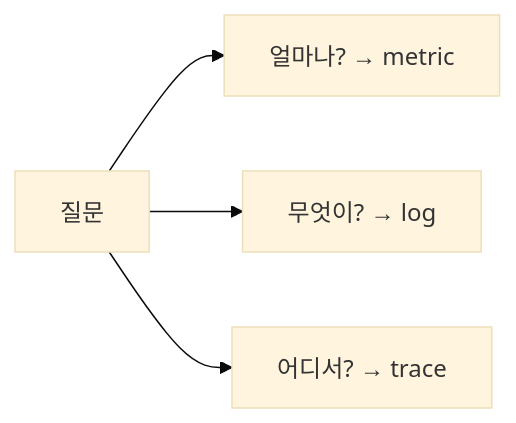
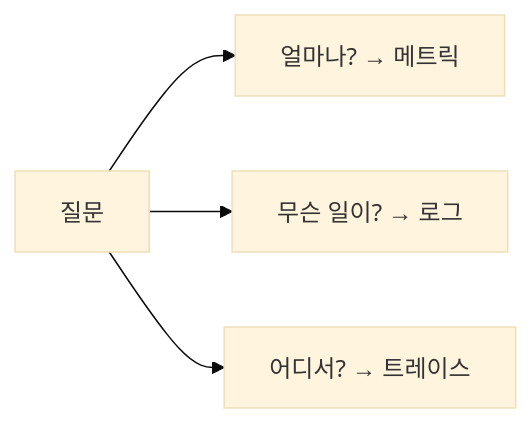
Before and after one commit to yeongseon-books/book-content: the diagram in content/observability-101/ko/02-metric-log-trace.md, drawn with Mermaid (base theme). The commit also changed other lines of this file and 3 other files, not shown here.

````diff
--- a/content/observability-101/ko/02-metric-log-trace.md
+++ b/content/observability-101/ko/02-metric-log-trace.md
@@ -35,6 +55,6 @@
 ```mermaid
 flowchart LR
-    Q["질문"] --> M["얼마나? → metric"]
-    Q --> L["무엇이? → log"]
-    Q --> T["어디서? → trace"]
+    Q["질문"] --> M["얼마나? → 메트릭"]
+    Q --> L["무슨 일이? → 로그"]
+    Q --> T["어디서? → 트레이스"]
 ```
````
